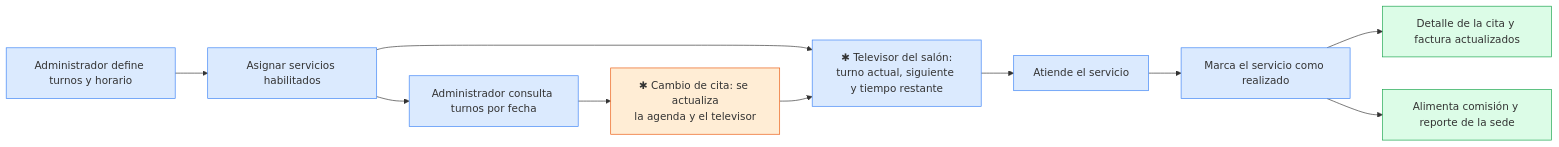
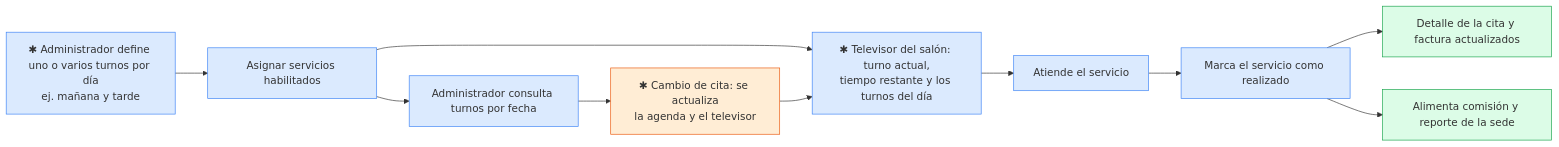
Before and after one commit to svzapatac/Citara: the third of 8 diagrams in docs/flujos-por-modulo.md, drawn with Mermaid. The commit also changed other lines of this file and 7 other files, not shown here.

First line of the commit message:
Barbería y cejas, productos con descuento mensual, dotación por área, turnos múltiples, documentos sin vencimiento

````diff
--- a/docs/flujos-por-modulo.md
+++ b/docs/flujos-por-modulo.md
@@ -62,18 +64,18 @@
 ```mermaid
 flowchart LR
-    A[Administrador define turnos y horario] --> B[Asignar servicios habilitados]
-    B --> C[✱ Televisor del salón:<br/>turno actual, siguiente y tiempo restante]
+    A[✱ Administrador define uno o varios turnos por día<br/>ej. mañana y tarde] --> B[Asignar servicios habilitados]
+    B --> C[✱ Televisor del salón: turno actual,<br/>tiempo restante y los turnos del día]
     C --> D[Atiende el servicio]
     D --> E[Marca el servicio como realizado]
     E --> F[Detalle de la cita y factura actualizados]
     E --> G[Alimenta comisión y reporte de la sede]
     B --> H[Administrador consulta turnos por fecha]
     H --> X[✱ Cambio de cita: se actualiza<br/>la agenda y el televisor]
     X --> C
     classDef paso fill:#dbeafe,stroke:#3b82f6
     classDef ok fill:#dcfce7,stroke:#16a34a
     classDef exc fill:#ffedd5,stroke:#ea580c
     class A,B,C,D,E,H paso
     class F,G ok
     class X exc
 ```
````
